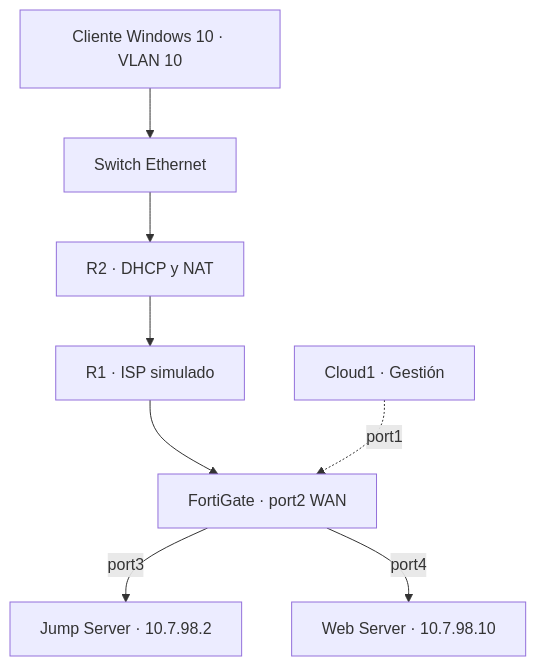
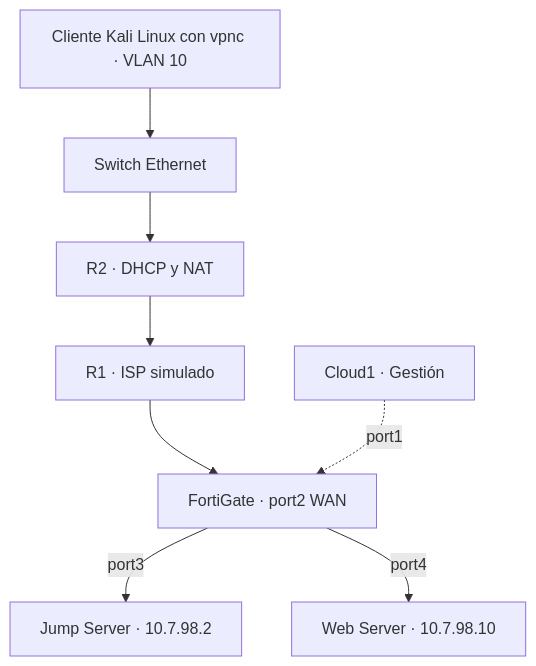
One commit to Emmanuel-error404/jump-server-p3 changed the diagram in README.md. Above: the diagram before and after it, drawn with Mermaid. The commit also changed other lines of this file, not shown here.

````diff
--- a/README.md
+++ b/README.md
@@ -51,10 +50,10 @@
 ```mermaid
 flowchart TD
-    C["Cliente Windows 10 · VLAN 10"] --> S["Switch Ethernet"]
+    C["Cliente Kali Linux con vpnc · VLAN 10"] --> S["Switch Ethernet"]
     S --> R2["R2 · DHCP y NAT"]
     R2 --> R1["R1 · ISP simulado"]
     R1 --> F["FortiGate · port2 WAN"]
     G["Cloud1 · Gestión"] -. "port1" .-> F
     F -->|port3| J["Jump Server · 10.7.98.2"]
     F -->|port4| W["Web Server · 10.7.98.10"]
 ```
````
